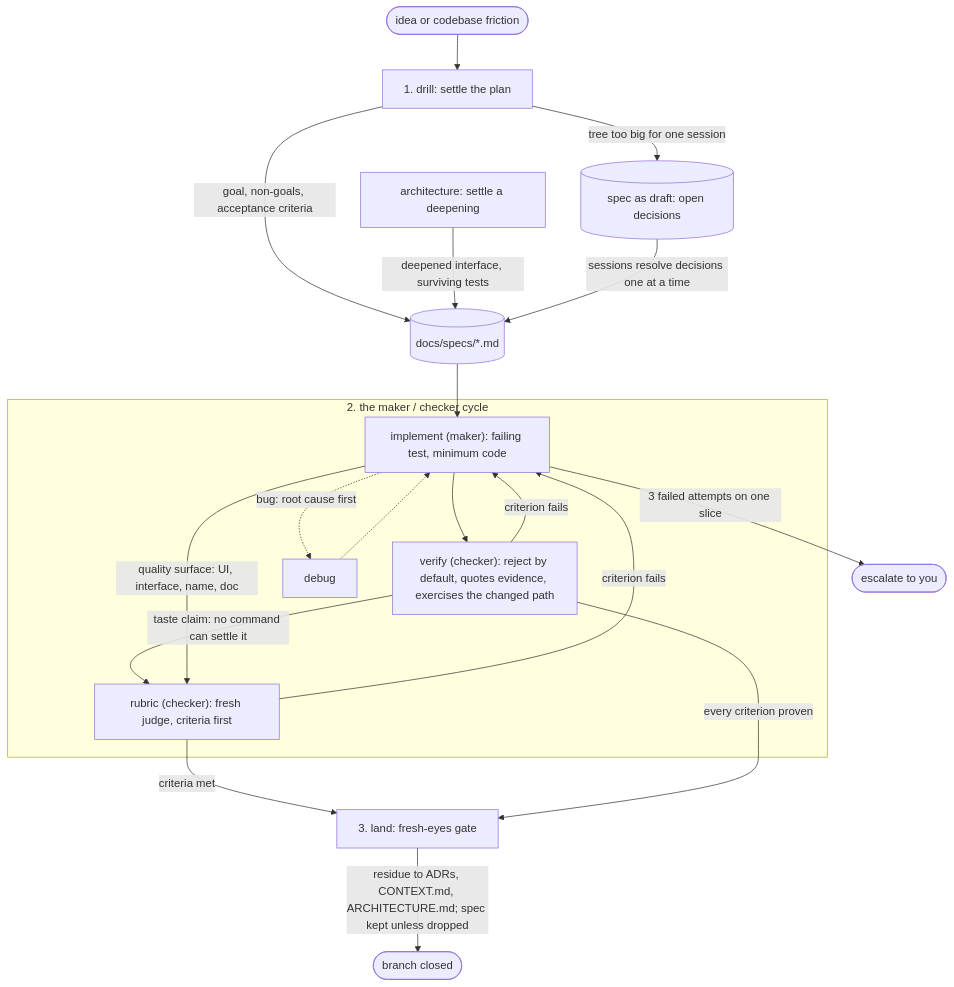
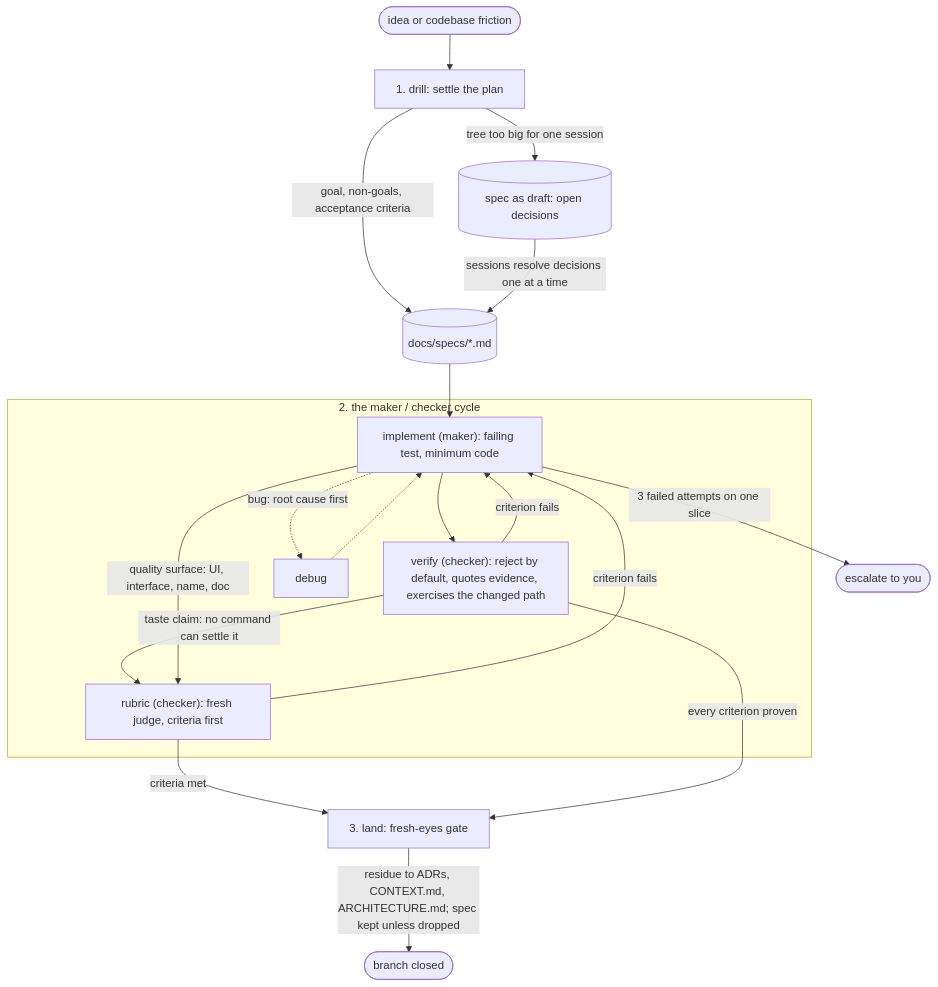
One commit to pwguler/skills changed the diagram in README.md. Above: the diagram before and after it, drawn with Mermaid. The commit also changed other lines of this file and 31 other files, not shown here.

First line of the commit message:
retire architecture and the convention files; implement keeps one rule for network calls

````diff
--- a/README.md
+++ b/README.md
@@ -53,24 +53,23 @@
 ```mermaid
 flowchart TD
     idea([idea or codebase friction]) --> drill["1. drill: settle the plan"]
     drill -- "goal, non-goals, acceptance criteria" --> spec[("docs/specs/*.md")]
-    arch["architecture: settle a deepening"] -- "deepened interface, surviving tests" --> spec
     drill -- "tree too big for one session" --> draft[("spec as draft: open decisions")]
     draft -- "sessions resolve decisions one at a time" --> spec
     spec --> impl
 
     subgraph cycle["2. the maker / checker cycle"]
         impl["implement (maker): failing test, minimum code"] --> verify["verify (checker): reject by default, quotes evidence, exercises the changed path"]
         verify -- "criterion fails" --> impl
         impl -. "bug: root cause first" .-> debug
         debug -.-> impl
         rub["rubric (checker): fresh judge, criteria first"] -- "criterion fails" --> impl
     end
 
     verify -- "taste claim: no command can settle it" --> rub
     impl -- "quality surface: UI, interface, name, doc" --> rub
     rub -- "criteria met" --> land
     verify -- "every criterion proven" --> land["3. land: fresh-eyes gate"]
     impl -- "3 failed attempts on one slice" --> you(["escalate to you"])
     land -- "residue to ADRs, CONTEXT.md, ARCHITECTURE.md; spec kept unless dropped" --> done([branch closed])
 ```
````
